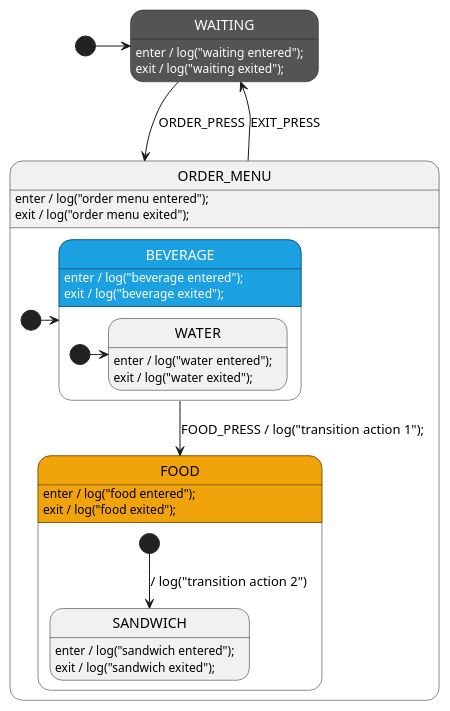
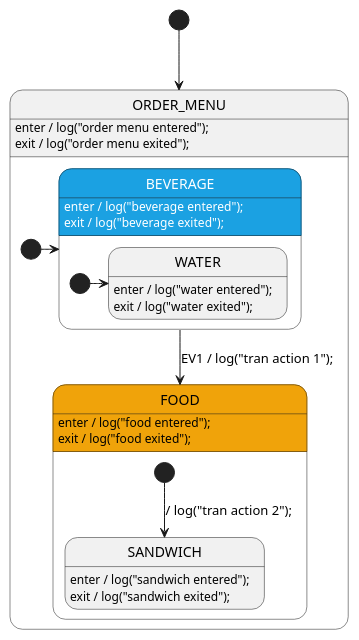
Before and after one commit to StateSmith/statesmith.github.io: the diagram in docs/fundamentals-1/sim/order_1.plantuml, drawn with PlantUML. The commit also changed 4 other files, not shown here.

```diff
--- a/docs/fundamentals-1/sim/order_1.plantuml
+++ b/docs/fundamentals-1/sim/order_1.plantuml
@@ -1,70 +1,64 @@
 @startuml order_1
 
 ' //////////////////////// STATE ORGANIZATION ///////////////////////
 ' More info: https://github.com/StateSmith/StateSmith/wiki/PlantUML
-
-state WAITING <<dark>>
 
 state ORDER_MENU {
     [*] -> BEVERAGE
     state BEVERAGE <<blue>> {
         [*] -> WATER
         state WATER
     }
     state FOOD <<gold>> {
-        [*] --> SANDWICH: / log("transition action 2")
+        [*] --> SANDWICH: / log("tran action 2");
         state SANDWICH
     }
 }
 
 
 ' ///////////////////////// STATE HANDLERS /////////////////////////
 ' Syntax: https://github.com/StateSmith/StateSmith/wiki/Behaviors
 
-[*] -> WAITING
-
-WAITING: enter / log("waiting entered");
-WAITING: exit / log("waiting exited");
-WAITING --> ORDER_MENU : ORDER_PRESS
+[*] --> ORDER_MENU
 
 ORDER_MENU: enter / log("order menu entered");
 ORDER_MENU: exit / log("order menu exited");
-ORDER_MENU --> WAITING : EXIT_PRESS
 
 BEVERAGE: enter / log("beverage entered");
 BEVERAGE: exit / log("beverage exited");
-BEVERAGE --> FOOD : FOOD_PRESS / log("transition action 1");
+BEVERAGE --> FOOD : EV1 / log("tran action 1");
 
 WATER: enter / log("water entered");
 WATER: exit / log("water exited");
 
 FOOD: enter / log("food entered");
 FOOD: exit / log("food exited");
+' FOOD --> BEVERAGE : EV1 / log("tran action 3");
 
 SANDWICH: enter / log("sandwich entered");
 SANDWICH: exit / log("sandwich exited");
 
 
 '############################ styles ############################
 skinparam state {
     ' red style:
     BackgroundColor<<red>> a20025
     FontColor<<red>> white
     ' blue style:
     BackgroundColor<<blue>> 1ba1e2
     FontColor<<blue>> white
     ' gold style:
     BackgroundColor<<gold>> f0a30a
     ' dark style:
     BackgroundColor<<dark>> 545454
     FontColor<<dark>> white
 }
 
 
 ' //////////////////////// StateSmith config ////////////////////////
 ' More info: https://github.com/StateSmith/StateSmith/issues/335
 
 /'! $CONFIG : toml
 SmRunnerSettings.transpilerId = "JavaScript"
 '/
 @enduml
```
